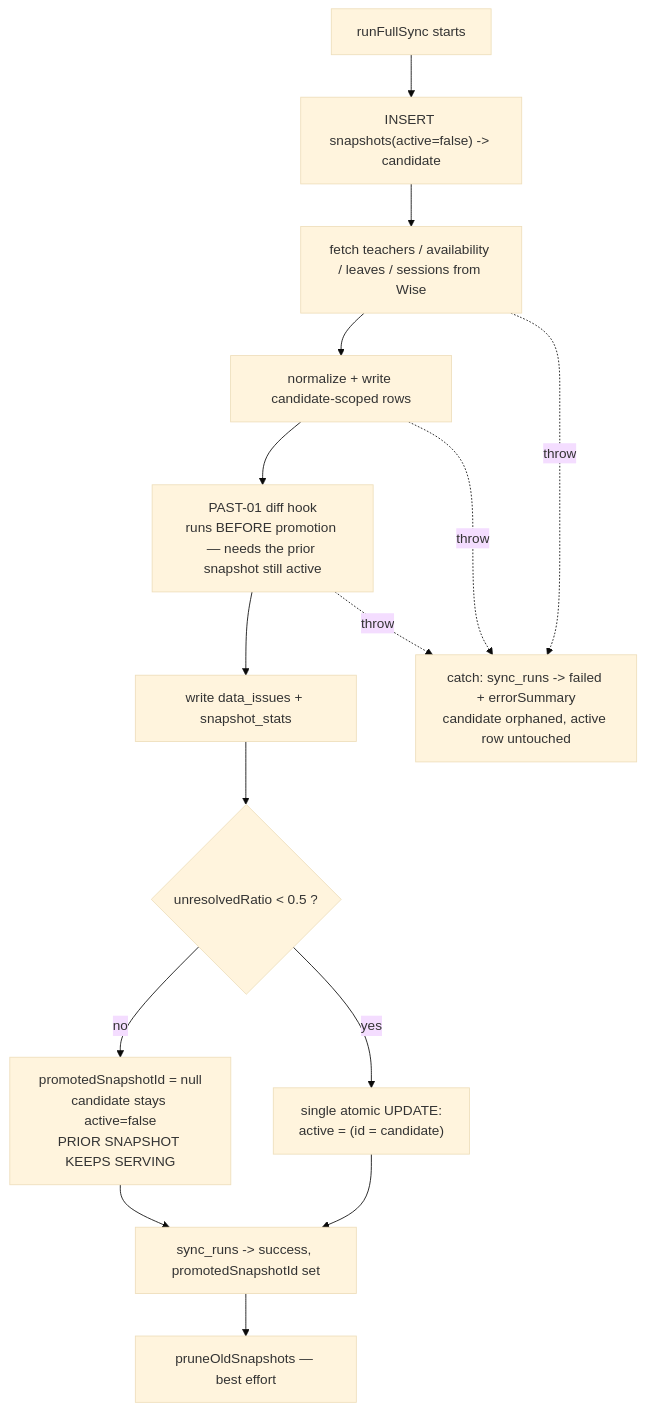
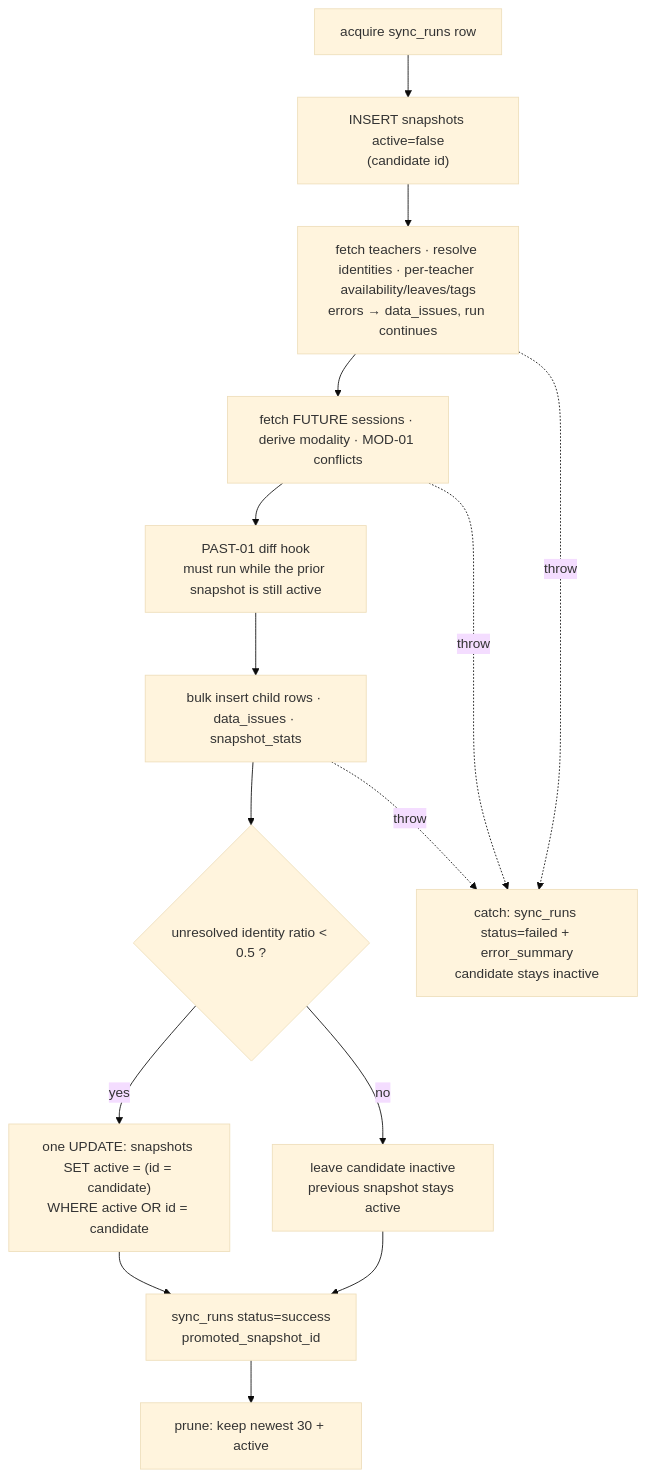
One commit to kasheesh711/bgscheduler changed the third of 4 diagrams in docs/operations/runbook.md. Above: the diagram before and after it, drawn with Mermaid (base theme). The commit also changed other lines of this file and 95 other files, not shown here.

````diff
--- a/docs/operations/runbook.md
+++ b/docs/operations/runbook.md
@@ -698,17 +614,17 @@
 ```mermaid
 flowchart TD
-  A["runFullSync starts"] --> B["INSERT snapshots(active=false) -> candidate"]
-  B --> C["fetch teachers / availability / leaves / sessions from Wise"]
-  C --> D["normalize + write candidate-scoped rows"]
-  D --> E["PAST-01 diff hook<br/>runs BEFORE promotion — needs the prior snapshot still active"]
-  E --> F["write data_issues + snapshot_stats"]
-  F --> G{"unresolvedRatio &lt; 0.5 ?"}
-  G -- no --> H["promotedSnapshotId = null<br/>candidate stays active=false<br/>PRIOR SNAPSHOT KEEPS SERVING"]
-  G -- yes --> I["single atomic UPDATE:<br/>active = (id = candidate)"]
-  I --> J["sync_runs -> success, promotedSnapshotId set"]
-  J --> K["pruneOldSnapshots — best effort"]
-  H --> J
-  C -.throw.-> X["catch: sync_runs -> failed + errorSummary<br/>candidate orphaned, active row untouched"]
-  D -.throw.-> X
-  E -.throw.-> X
+  A["acquire sync_runs row"] --> B["INSERT snapshots active=false<br/>(candidate id)"]
+  B --> C["fetch teachers · resolve identities · per-teacher availability/leaves/tags<br/>errors → data_issues, run continues"]
+  C --> D["fetch FUTURE sessions · derive modality · MOD-01 conflicts"]
+  D --> E["PAST-01 diff hook<br/>must run while the prior snapshot is still active"]
+  E --> F["bulk insert child rows · data_issues · snapshot_stats"]
+  F --> G{"unresolved identity ratio &lt; 0.5 ?"}
+  G -- yes --> H["one UPDATE: snapshots SET active = (id = candidate)<br/>WHERE active OR id = candidate"]
+  G -- no --> I["leave candidate inactive<br/>previous snapshot stays active"]
+  H --> J["sync_runs status=success<br/>promoted_snapshot_id"]
+  I --> J
+  J --> K["prune: keep newest 30 + active"]
+  C -. throw .-> X["catch: sync_runs status=failed + error_summary<br/>candidate stays inactive"]
+  D -. throw .-> X
+  F -. throw .-> X
 ```
````
